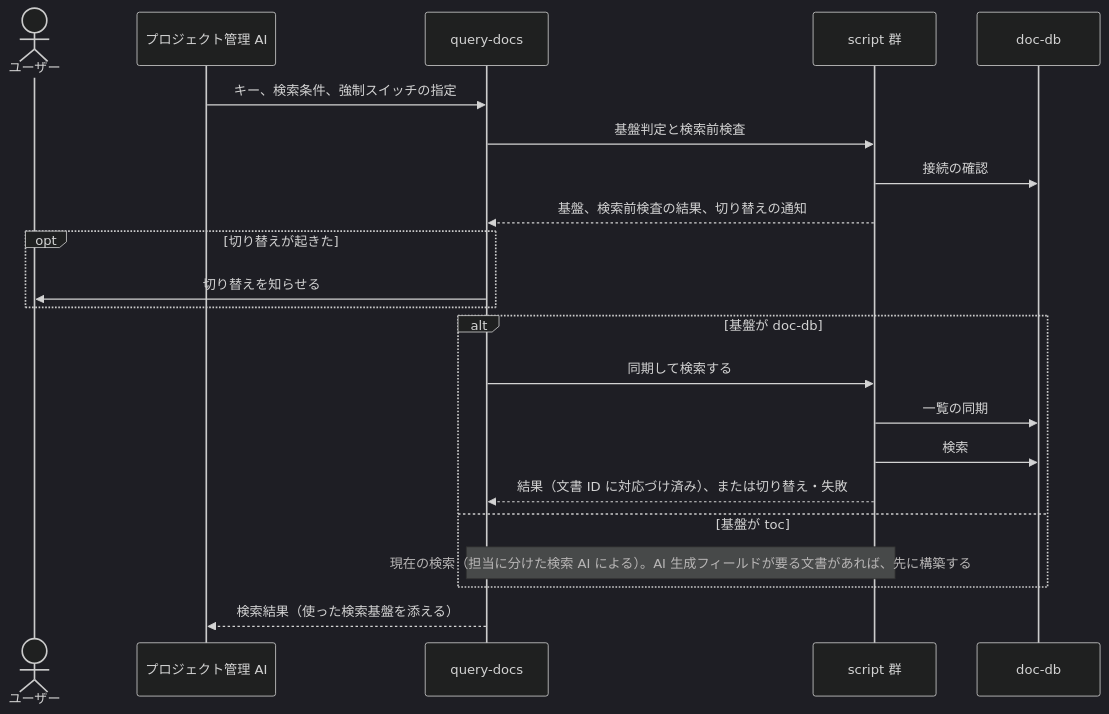
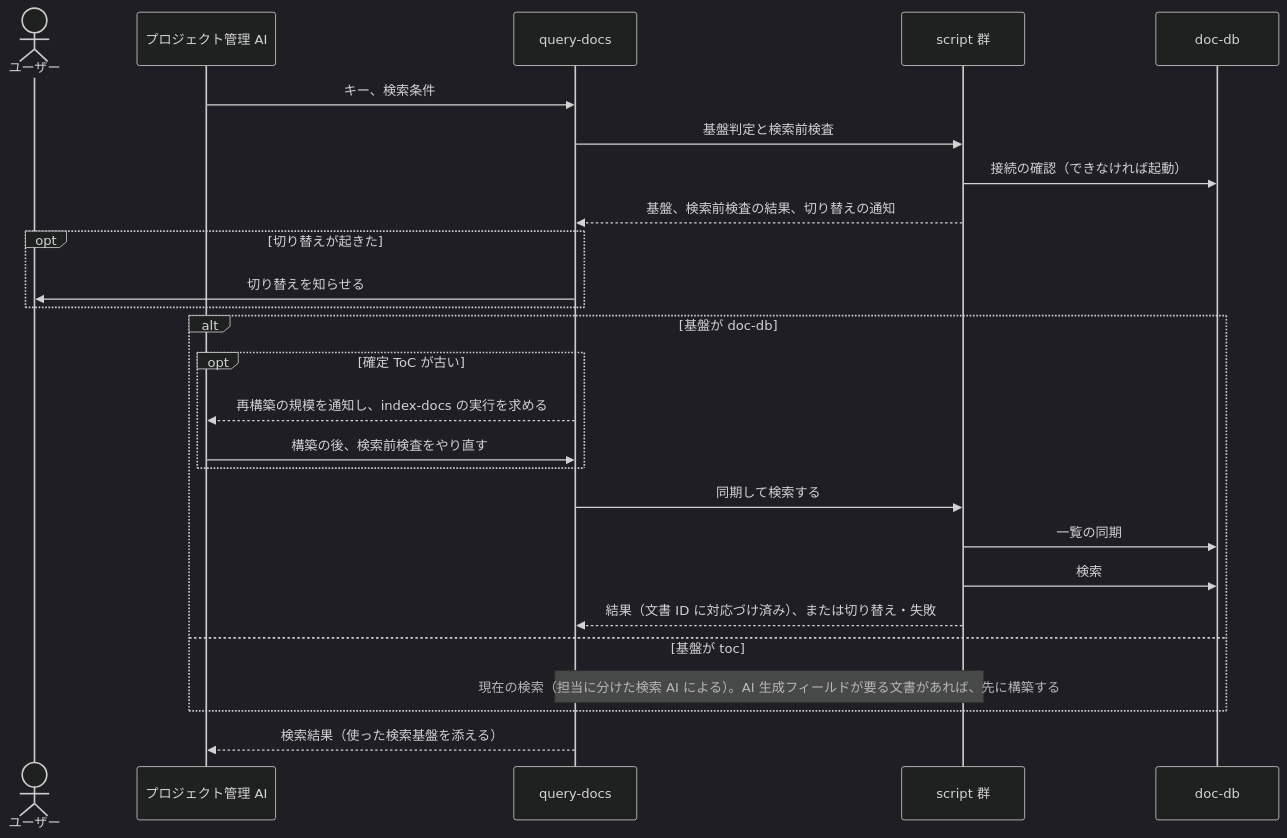
The diagram in docs/specs/design/DES-011_backend-switch.md (BlueEventHorizon/doc-link), drawn with Mermaid (dark theme) before and after one commit. The commit also changed other lines of this file and 4 other files, not shown here.

````diff
--- a/docs/specs/design/DES-011_backend-switch.md
+++ b/docs/specs/design/DES-011_backend-switch.md
@@ -132,25 +175,29 @@
 ```mermaid
 sequenceDiagram
     actor User as ユーザー
     participant PM as プロジェクト管理 AI
     participant Skill as query-docs
     participant Scripts as script 群
     participant Docdb as doc-db
 
-    PM->>Skill: キー、検索条件、強制スイッチの指定
+    PM->>Skill: キー、検索条件
     Skill->>Scripts: 基盤判定と検索前検査
-    Scripts->>Docdb: 接続の確認
+    Scripts->>Docdb: 接続の確認（できなければ起動）
     Scripts-->>Skill: 基盤、検索前検査の結果、切り替えの通知
     opt 切り替えが起きた
         Skill->>User: 切り替えを知らせる
     end
     alt 基盤が doc-db
+        opt 確定 ToC が古い
+            Skill-->>PM: 再構築の規模を通知し、index-docs の実行を求める
+            PM->>Skill: 構築の後、検索前検査をやり直す
+        end
         Skill->>Scripts: 同期して検索する
         Scripts->>Docdb: 一覧の同期
         Scripts->>Docdb: 検索
         Scripts-->>Skill: 結果（文書 ID に対応づけ済み）、または切り替え・失敗
     else 基盤が toc
         Note over Skill,Scripts: 現在の検索（担当に分けた検索 AI による）。AI 生成フィールドが要る文書があれば、先に構築する
     end
     Skill-->>PM: 検索結果（使った検索基盤を添える）
 ```
````
